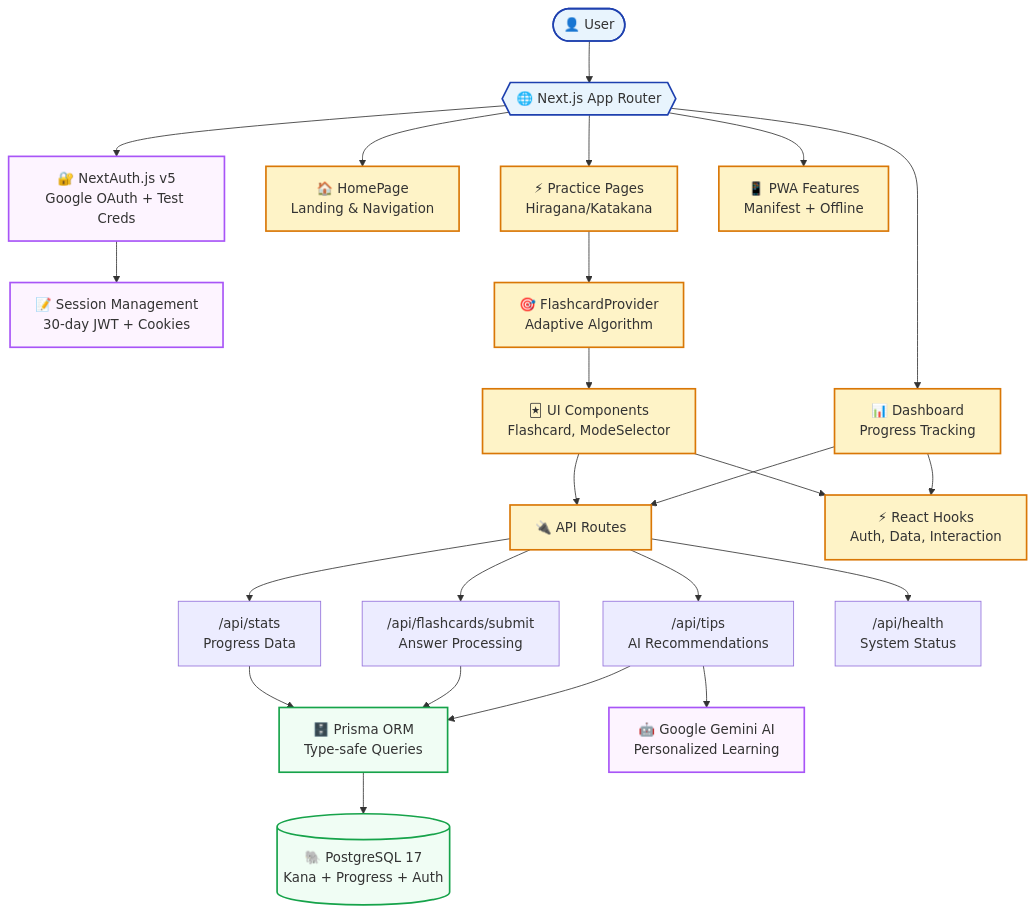
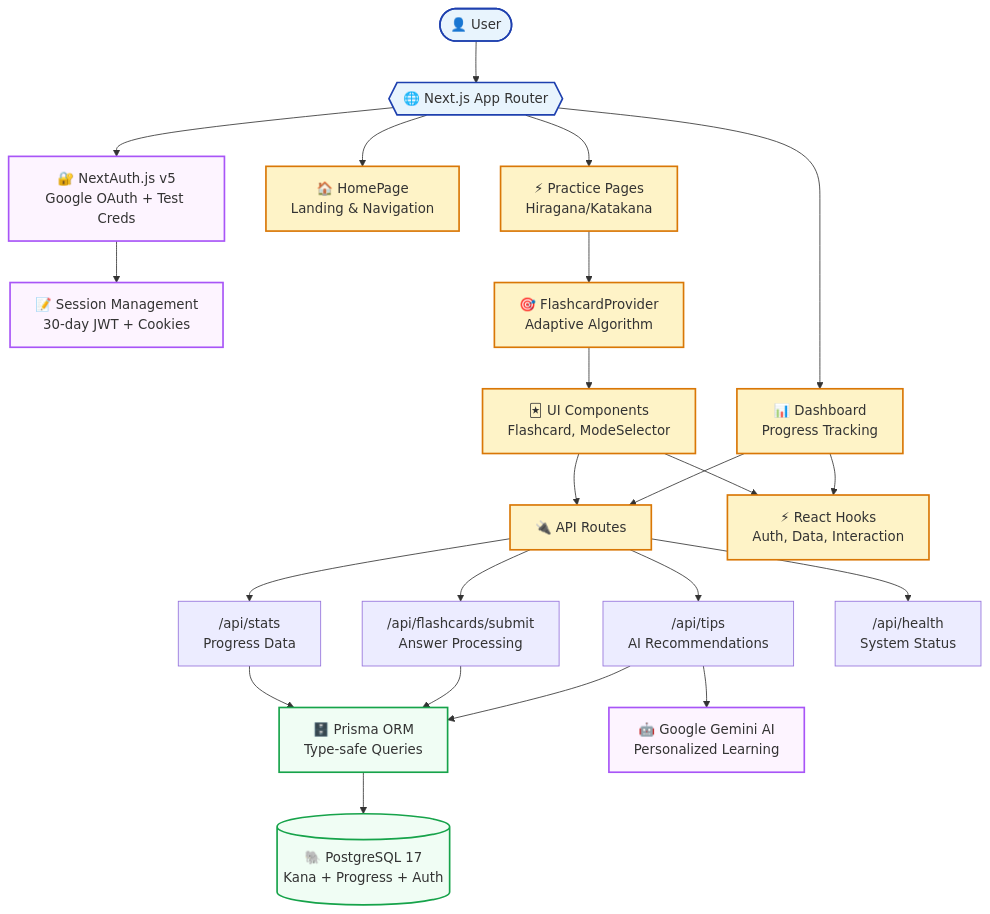
Before and after one commit to sakan811/SakuMari: the first of 2 diagrams in docs/architecture.md, drawn with Mermaid. The commit also changed 3 other files, not shown here.

Commit message:
docs: remove PWA features section from documentation

````diff
--- a/docs/architecture.md
+++ b/docs/architecture.md
@@ -9,53 +9,51 @@
 ```mermaid
 flowchart TD
     %% User Interface Layer
     User([👤 User]) --> Browser{{"🌐 Next.js App Router"}}
 
     %% Authentication Flow
     Browser --> Auth["🔐 NextAuth.js v5<br/>Google OAuth + Test Creds"]
     Auth --> Session["📝 Session Management<br/>30-day JWT + Cookies"]
 
     %% Page Routes
     Browser --> Home["🏠 HomePage<br/>Landing & Navigation"]
     Browser --> Practice["⚡ Practice Pages<br/>Hiragana/Katakana"]
     Browser --> Dashboard["📊 Dashboard<br/>Progress Tracking"]
 
     %% React Context & State
     Practice --> Provider["🎯 FlashcardProvider<br/>Adaptive Algorithm"]
     Provider --> Components["🃏 UI Components<br/>Flashcard, ModeSelector"]
 
     %% API Layer
     Components --> API["🔌 API Routes"]
     Dashboard --> API
     API --> Stats["/api/stats<br/>Progress Data"]
     API --> Submit["/api/flashcards/submit<br/>Answer Processing"]
     API --> Tips["/api/tips<br/>AI Recommendations"]
     API --> Health["/api/health<br/>System Status"]
 
     %% Data Layer
     Stats --> Prisma["🗄️ Prisma ORM<br/>Type-safe Queries"]
     Submit --> Prisma
     Tips --> Prisma
     Prisma --> DB[(🐘 PostgreSQL 17<br/>Kana + Progress + Auth)]
 
     %% AI Integration
     Tips --> Gemini["🤖 Google Gemini AI<br/>Personalized Learning"]
 
-    %% Progressive Web App
-    Browser --> PWA["📱 PWA Features<br/>Manifest + Offline"]
 
     %% Custom Hooks
     Components --> Hooks["⚡ React Hooks<br/>Auth, Data, Interaction"]
     Dashboard --> Hooks
 
     %% Styling
     classDef userLayer fill:#e8f4fd,stroke:#1e40af,stroke-width:2px
     classDef appLayer fill:#fef3c7,stroke:#d97706,stroke-width:2px
     classDef dataLayer fill:#f0fdf4,stroke:#16a34a,stroke-width:2px
     classDef aiLayer fill:#fdf4ff,stroke:#a855f7,stroke-width:2px
 
     class User,Browser userLayer
-    class Home,Practice,Dashboard,Provider,Components,API,Hooks,PWA appLayer
+    class Home,Practice,Dashboard,Provider,Components,API,Hooks appLayer
     class Prisma,DB dataLayer
     class Auth,Session,Gemini aiLayer
 ```
````
